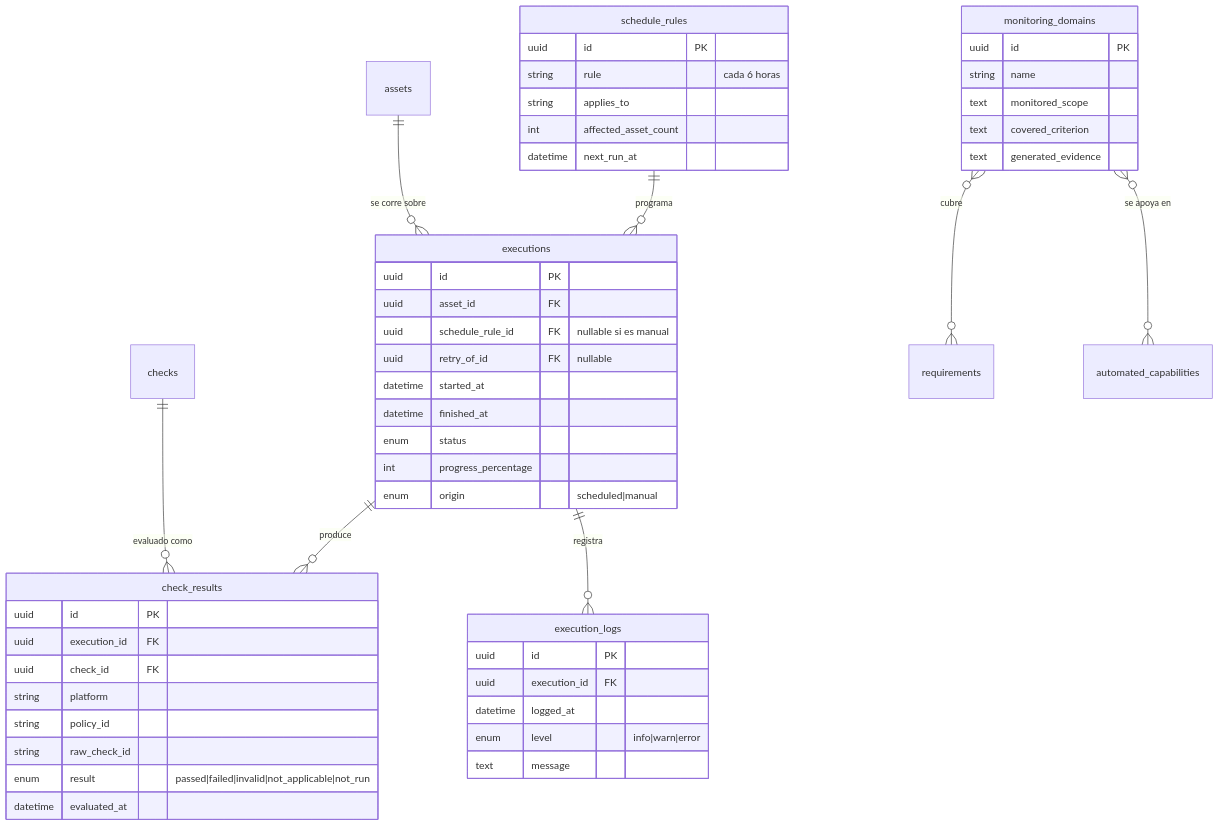
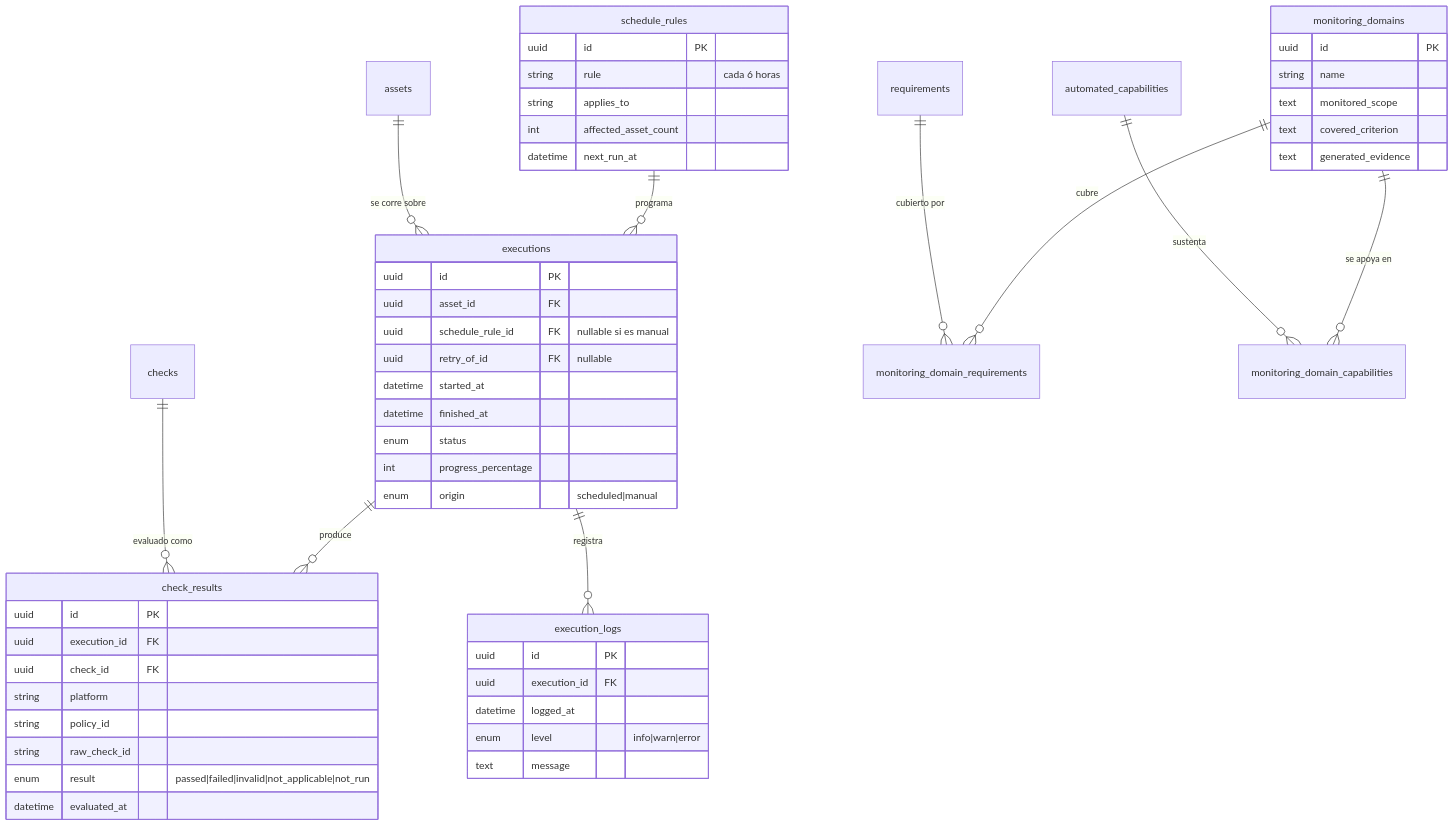
Diagram 15 of 16 in skills/product/monkey-compliance-council/references/modelo-datos.md (Monkey-GRC/Monkey-Brain-IA), drawn with Mermaid before and after one commit. The commit also changed other lines of this file and 10 other files, not shown here.

Commit message:
docs(model): update relational model after migration review (D26-D34) and absorb schema implementation log

````diff
--- a/skills/product/monkey-compliance-council/references/modelo-datos.md
+++ b/skills/product/monkey-compliance-council/references/modelo-datos.md
@@ -1450,52 +1609,54 @@
 ```mermaid
 erDiagram
     schedule_rules {
         uuid id PK
         string rule "cada 6 horas"
         string applies_to
         int affected_asset_count
         datetime next_run_at
     }
     executions {
         uuid id PK
         uuid asset_id FK
         uuid schedule_rule_id FK "nullable si es manual"
         uuid retry_of_id FK "nullable"
         datetime started_at
         datetime finished_at
         enum status
         int progress_percentage
         enum origin "scheduled|manual"
     }
     check_results {
         uuid id PK
         uuid execution_id FK
         uuid check_id FK
         string platform
         string policy_id
         string raw_check_id
         enum result "passed|failed|invalid|not_applicable|not_run"
         datetime evaluated_at
     }
     execution_logs {
         uuid id PK
         uuid execution_id FK
         datetime logged_at
         enum level "info|warn|error"
         text message
     }
     monitoring_domains {
         uuid id PK
         string name
         text monitored_scope
         text covered_criterion
         text generated_evidence
     }
     schedule_rules ||--o{ executions : "programa"
     assets ||--o{ executions : "se corre sobre"
     executions ||--o{ check_results : "produce"
     executions ||--o{ execution_logs : "registra"
     checks ||--o{ check_results : "evaluado como"
-    monitoring_domains }o--o{ requirements : "cubre"
-    monitoring_domains }o--o{ automated_capabilities : "se apoya en"
+    monitoring_domains ||--o{ monitoring_domain_requirements : "cubre"
+    requirements ||--o{ monitoring_domain_requirements : "cubierto por"
+    monitoring_domains ||--o{ monitoring_domain_capabilities : "se apoya en"
+    automated_capabilities ||--o{ monitoring_domain_capabilities : "sustenta"
 ```
````
